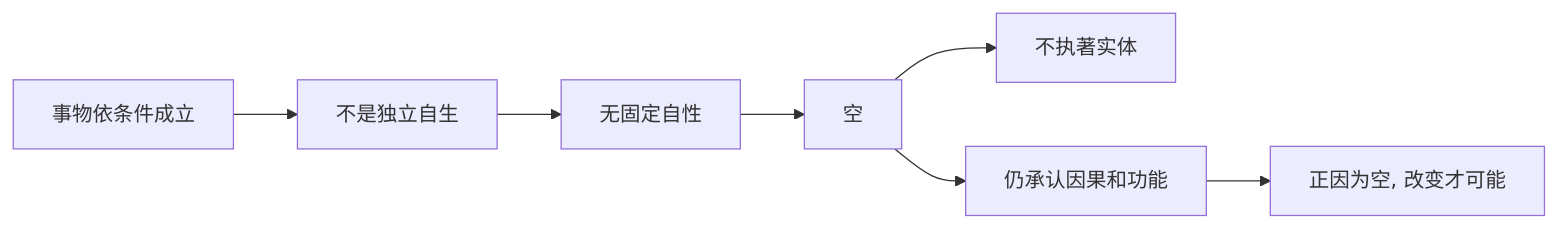
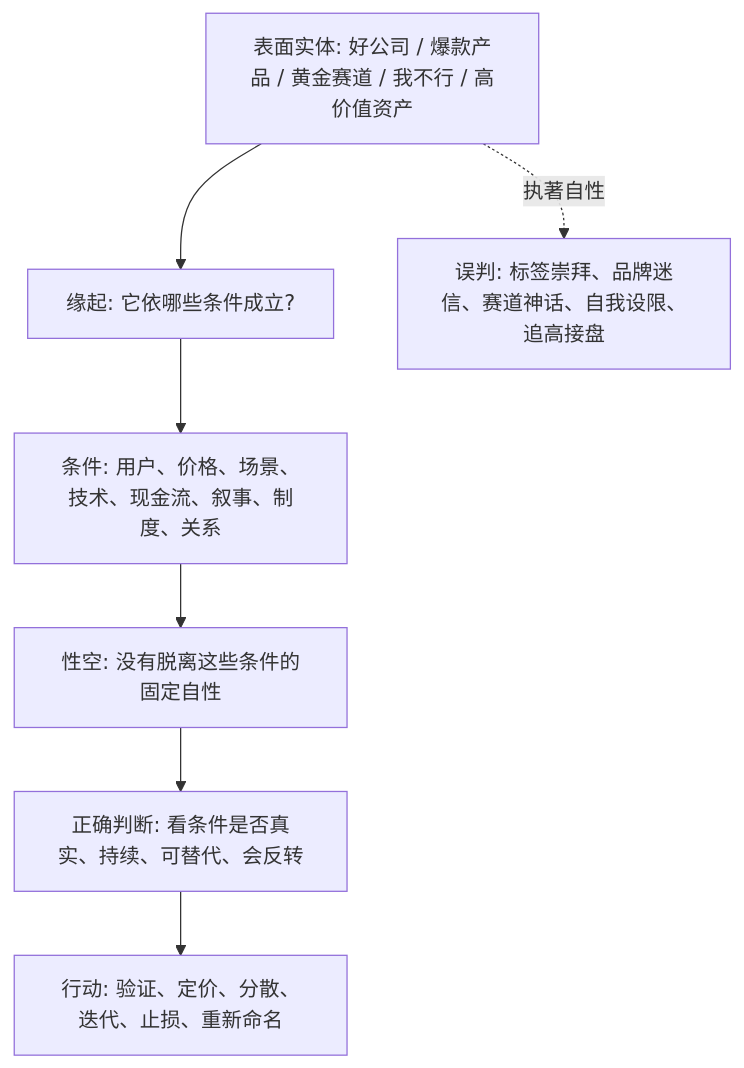
Before and after one commit to digoal/blog: the diagram in 202605/20260518_70.md, drawn with Mermaid. The commit also changed other lines of this file and 15 other files, not shown here.

````diff
--- a/202605/20260518_70.md
+++ b/202605/20260518_70.md
@@ -22,9 +24,9 @@
 ```mermaid
-flowchart LR
-  A["事物依条件成立"] --> B["不是独立自生"]
-  B --> C["无固定自性"]
-  C --> D["空"]
-  D --> E["不执著实体"]
-  D --> F["仍承认因果和功能"]
-  F --> G["正因为空, 改变才可能"]
+flowchart TD
+  A["表面实体: 好公司 / 爆款产品 / 黄金赛道 / 我不行 / 高价值资产"] --> B["缘起: 它依哪些条件成立?"]
+  B --> C["条件: 用户、价格、场景、技术、现金流、叙事、制度、关系"]
+  C --> D["性空: 没有脱离这些条件的固定自性"]
+  D --> E["正确判断: 看条件是否真实、持续、可替代、会反转"]
+  E --> F["行动: 验证、定价、分散、迭代、止损、重新命名"]
+  A -. "执著自性" .-> G["误判: 标签崇拜、品牌迷信、赛道神话、自我设限、追高接盘"]
 ```
````
